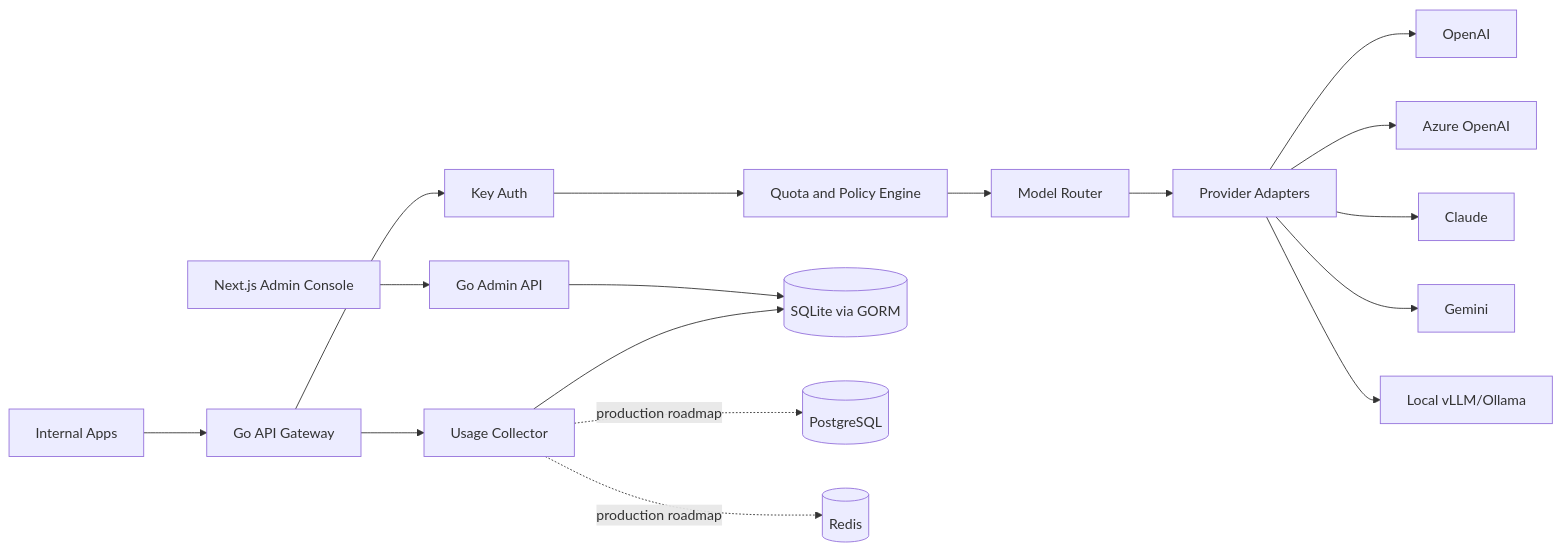
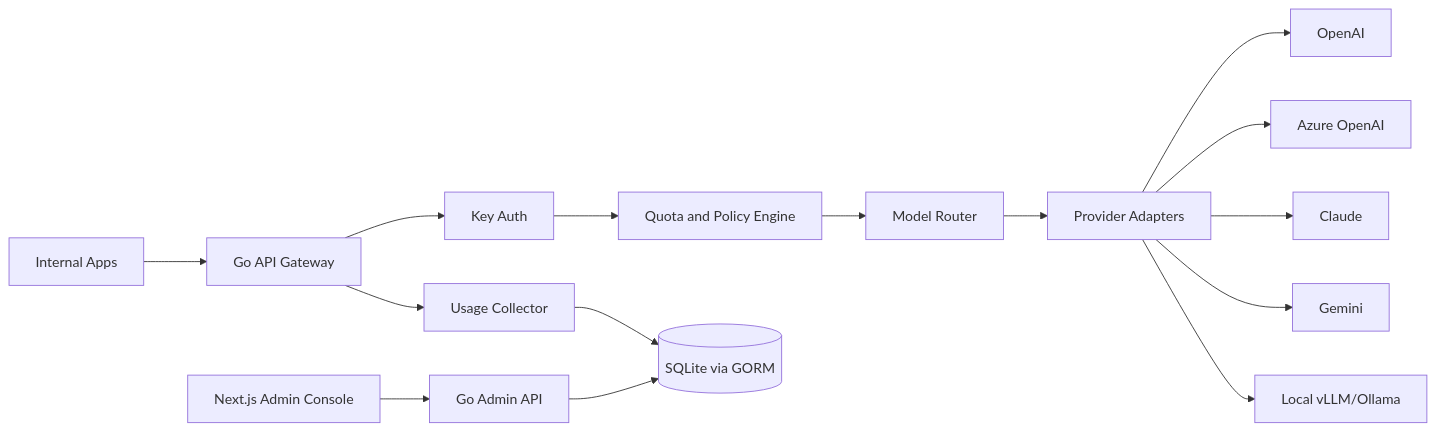
One commit to cngump/TokenHub changed the diagram in README.md. Above: the diagram before and after it, drawn with Mermaid. The commit also changed other lines of this file and 26 other files, not shown here.

````diff
--- a/README.md
+++ b/README.md
@@ -77,19 +76,17 @@
 ```mermaid
 flowchart LR
     App[Internal Apps] --> Gateway[Go API Gateway]
     Gateway --> Auth[Key Auth]
     Auth --> Policy[Quota and Policy Engine]
     Policy --> Router[Model Router]
     Router --> Adapter[Provider Adapters]
     Adapter --> OpenAI[OpenAI]
     Adapter --> Azure[Azure OpenAI]
     Adapter --> Claude[Claude]
     Adapter --> Gemini[Gemini]
     Adapter --> Local[Local vLLM/Ollama]
     Gateway --> Usage[Usage Collector]
     Usage --> DB[(SQLite via GORM)]
-    Usage -. production roadmap .-> PG[(PostgreSQL)]
-    Usage -. production roadmap .-> Redis[(Redis)]
     Admin[Next.js Admin Console] --> AdminAPI[Go Admin API]
     AdminAPI --> DB
 ```
````
